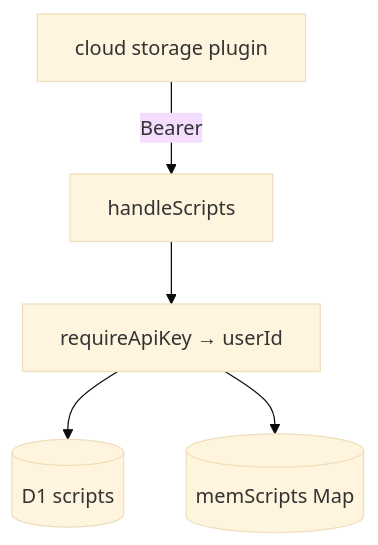
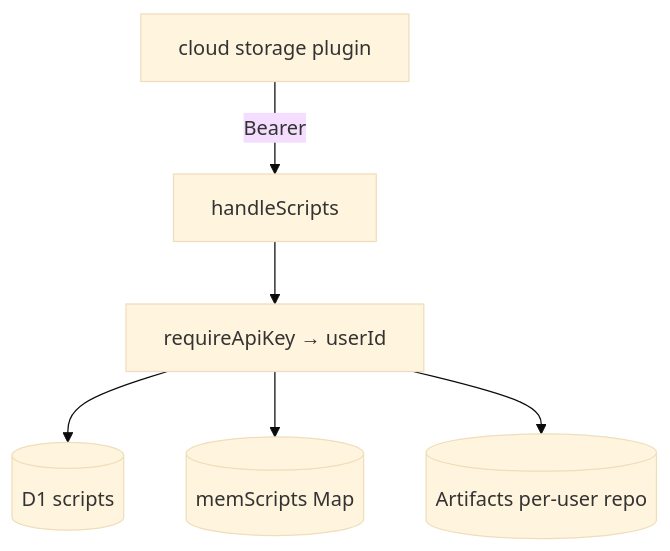
One commit to hoox-sh/axis changed the diagram in docs/worker/data-plane.mdx. Above: the diagram before and after it, drawn with Mermaid (base theme). The commit also changed other lines of this file and 14 other files, not shown here.

First line of the commit message:
feat(cli): axis setup artifacts for git-native script storage

````diff
--- a/docs/worker/data-plane.mdx
+++ b/docs/worker/data-plane.mdx
@@ -35,8 +35,9 @@
 ```mermaid
 flowchart TB
   CLOUD[cloud storage plugin]
   CLOUD -->|Bearer| SCR[handleScripts]
   SCR --> AUTH[requireApiKey → userId]
   AUTH --> D1[(D1 scripts)]
   AUTH --> MEM[(memScripts Map)]
+  AUTH --> GIT[(Artifacts per-user repo)]
 ```
````
